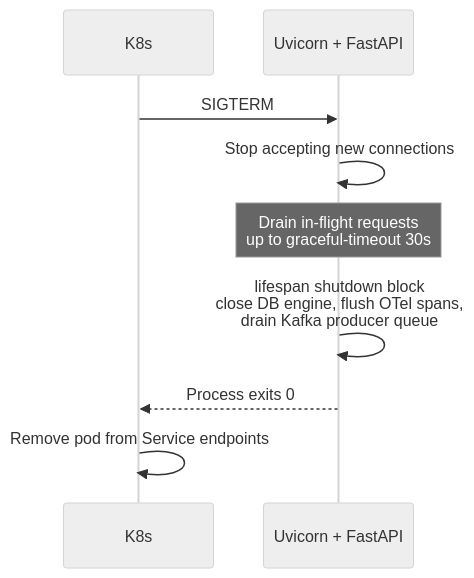
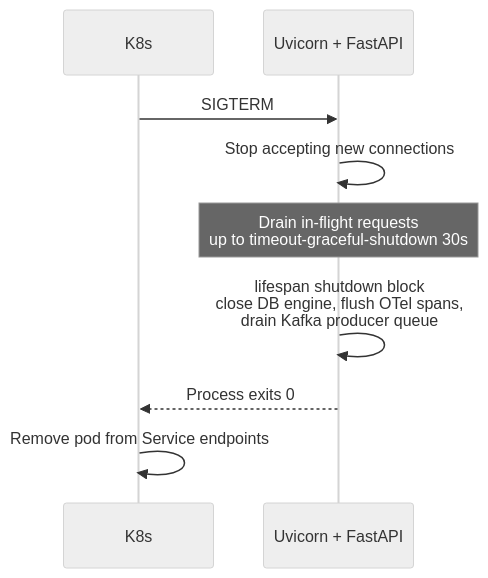
Before and after one commit to rppol/system-design: the fourth of 6 diagrams in src/main/java/com/rutik/systemdesign/fastapi/production_deployment_and_scaling/README.md, drawn with Mermaid (neutral theme). The commit also changed other lines of this file and 3 other files, not shown here.

````diff
--- a/src/main/java/com/rutik/systemdesign/fastapi/production_deployment_and_scaling/README.md
+++ b/src/main/java/com/rutik/systemdesign/fastapi/production_deployment_and_scaling/README.md
@@ -224,12 +229,12 @@
 ```mermaid
 sequenceDiagram
     participant K8s
     participant Pod as Uvicorn + FastAPI
 
     K8s->>Pod: SIGTERM
     Pod->>Pod: Stop accepting new connections
-    Note over Pod: Drain in-flight requests<br/>up to graceful-timeout 30s
+    Note over Pod: Drain in-flight requests<br/>up to timeout-graceful-shutdown 30s
     Pod->>Pod: lifespan shutdown block<br/>close DB engine, flush OTel spans,<br/>drain Kafka producer queue
     Pod-->>K8s: Process exits 0
     K8s->>K8s: Remove pod from Service endpoints
 ```
````
